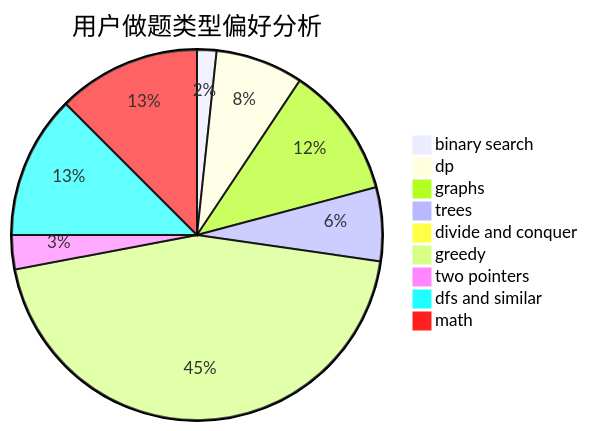
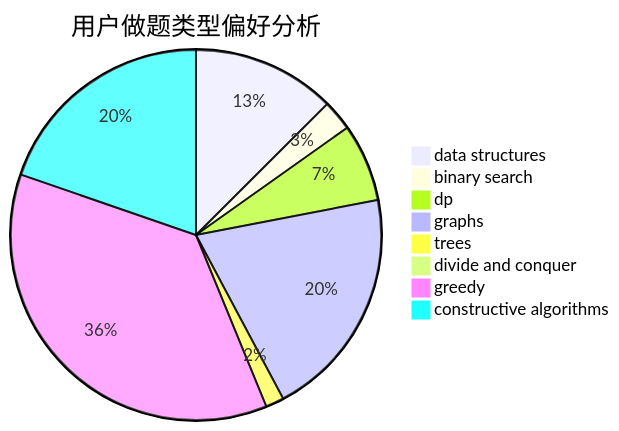
The second of 3 diagrams in docs/user/u1286.md (sherpahu/cfrs.github.io), drawn with Mermaid before and after one commit. The commit also changed other lines of this file and 2775 other files, not shown here.

````diff
--- a/docs/user/u1286.md
+++ b/docs/user/u1286.md
@@ -23,12 +23,11 @@
 ```mermaid
 pie title 用户做题类型偏好分析
-    "binary search" :  29
-    "dp" :  131
-    "graphs" :  197
-    "trees" :  110
+    "data structures" :  94
+    "binary search" :  20
+    "dp" :  51
+    "graphs" :  152
+    "trees" :  12
     "divide and conquer" :  0
-    "greedy" :  766
-    "two pointers" :  51
-    "dfs and similar" :  214
-    "math" :  214
+    "greedy" :  274
+    "constructive algorithms" :  148
 ```
````
